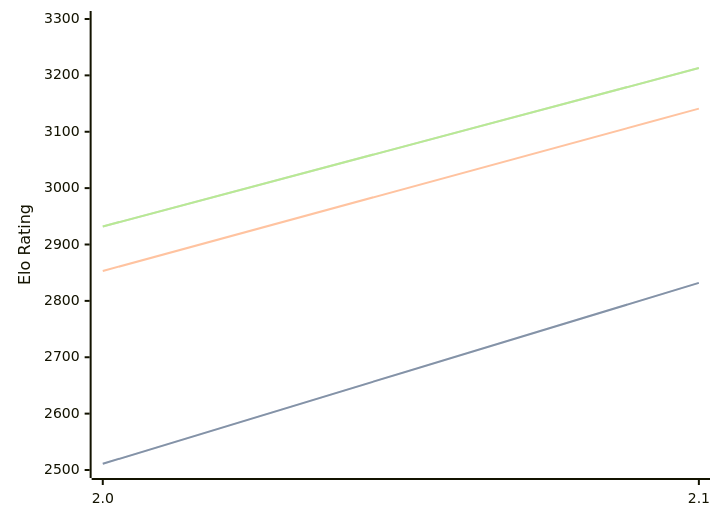
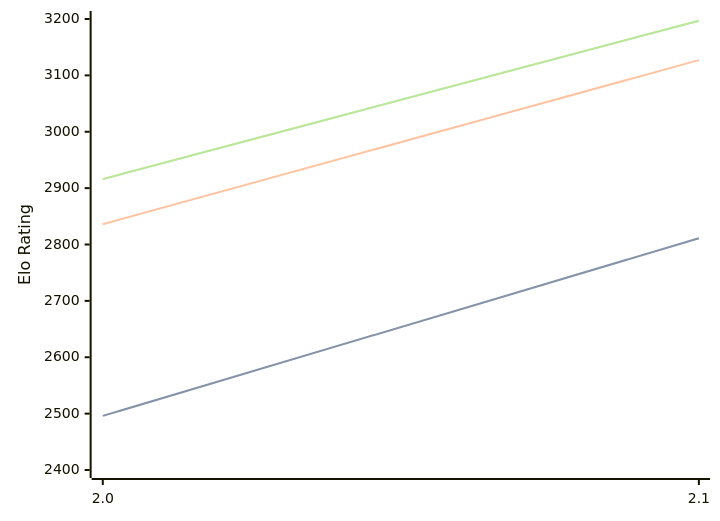
One commit to computer-chess-index/cci changed the diagram in engines/Tunguska.md. Above: the diagram before and after it, drawn with Mermaid. The commit also changed other lines of this file, not shown here.

Commit message:
Update CCI Ratings (ELO VLTC) - 2026-05-20

````diff
--- a/engines/Tunguska.md
+++ b/engines/Tunguska.md
@@ -32,11 +32,11 @@
 ```mermaid
 %%{init: {"theme":"base","themeVariables":{"seriesColors:['#a3a3a3','#222221','#faa371']}}}%%
 xychart-beta
   x-axis ["2.0", "2.1"]
-  y-axis "Elo Rating" 2500 --> 3300
-  line "STC (8.0+0.08s)" [2511, 2832]
-  line "STC (8.0+0.08s)" [2511, 2832]
-  line "LTC (60.0+0.60s)" [2853, 3141]
-  line "VLTC (2m24s+1.12s)" [2932, 3213]
-  line "VLTC (2m24s+1.12s)" [2932, 3213]
+  y-axis "Elo Rating" 2400 --> 3200
+  line "STC (8.0+0.08s)" [2496, 2811]
+  line "STC (8.0+0.08s)" [2496, 2811]
+  line "LTC (60.0+0.60s)" [2836, 3127]
+  line "VLTC (2m24s+1.12s)" [2916, 3197]
+  line "VLTC (2m24s+1.12s)" [2916, 3197]
 ```
````
